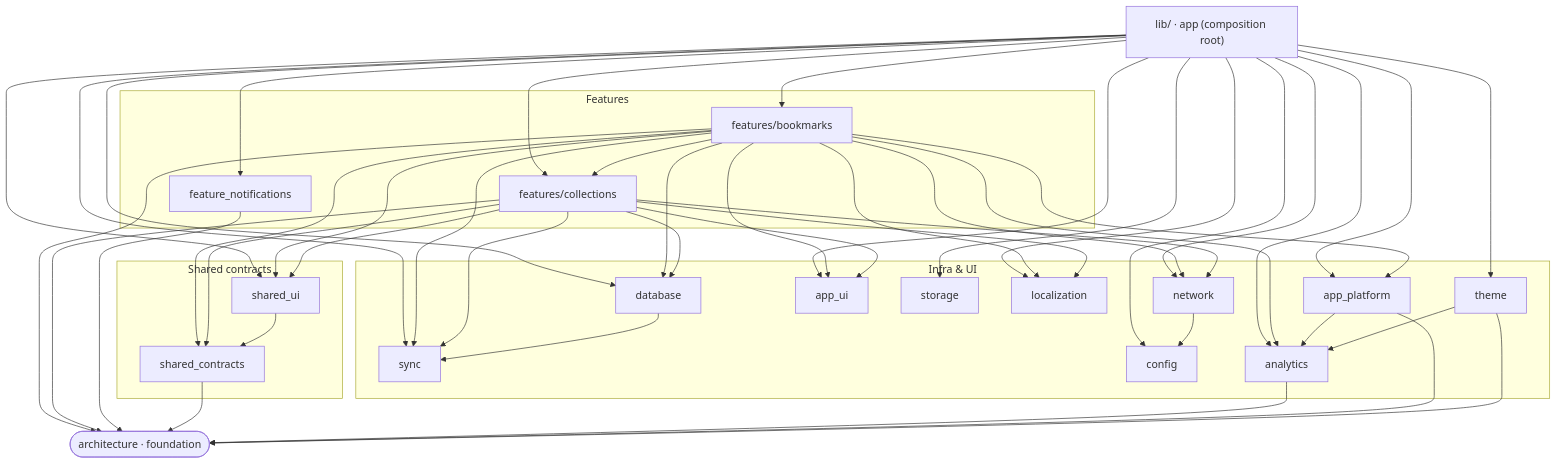
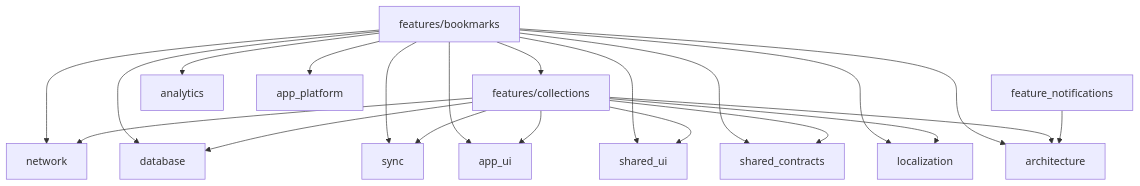
The third of 4 diagrams in README.md (kido-luci/flutter-starter-template), drawn with Mermaid before and after one commit. The commit also changed other lines of this file, not shown here.

First line of the commit message:
docs: split dense workspace dependency graph into three focused views (#111)

````diff
--- a/README.md
+++ b/README.md
@@ -190,50 +226,13 @@
 ```mermaid
 graph TD
-  app["lib/ · app (composition root)"]
-
-  subgraph Features
-    bookmarks[features/bookmarks]
-    collections[features/collections]
-    feature_notifications
-  end
-
-  subgraph Shared["Shared contracts"]
-    shared_ui
-    shared_contracts
-  end
-
-  subgraph Infra["Infra & UI"]
-    network
-    database
-    sync
-    config
-    analytics
-    app_platform
-    theme
-    app_ui
-    storage
-    localization
-  end
-
-  architecture(["architecture · foundation"])
-
-  app --> bookmarks & collections & feature_notifications
-  app --> shared_ui & theme & app_ui & app_platform
-  app --> analytics & network & database & sync & config & storage & localization
+  bookmarks["features/bookmarks"]
+  collections["features/collections"]
+  feature_notifications["feature_notifications"]
 
   bookmarks --> collections
-  bookmarks --> network & sync & database & analytics & app_platform & app_ui
+  bookmarks --> network & database & sync & analytics & app_platform & app_ui
   bookmarks --> shared_ui & shared_contracts & localization & architecture
-  collections --> network & sync & database & app_ui
+  collections --> network & database & sync & app_ui
   collections --> shared_ui & shared_contracts & localization & architecture
   feature_notifications --> architecture
-
-  shared_ui --> shared_contracts
-  shared_contracts --> architecture
-
-  network --> config
-  database --> sync
-  analytics --> architecture
-  app_platform --> analytics & architecture
-  theme --> analytics & architecture
 ```
````
